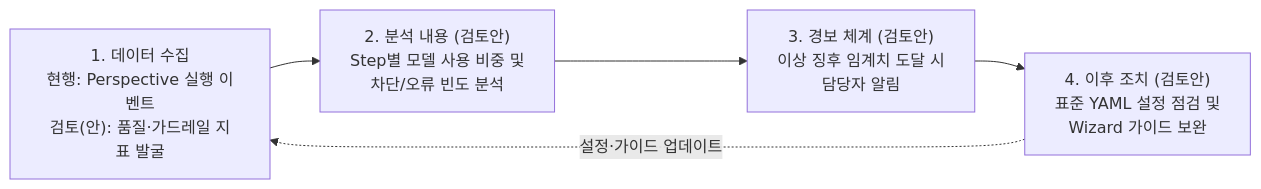
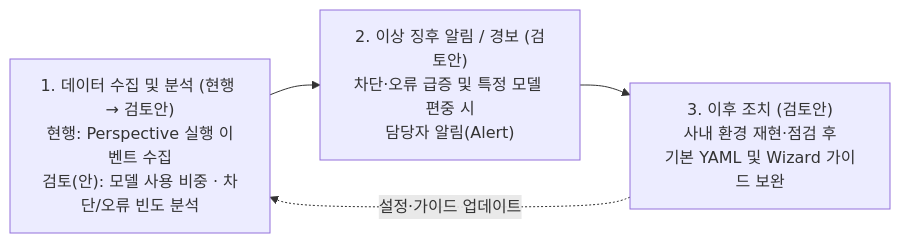
The first of 2 diagrams in AIS/Reports/Slide22_23_Update.md (misjin05/playground), drawn with Mermaid before and after one commit. The commit also changed other lines of this file and 1 other file, not shown here.

````diff
--- a/AIS/Reports/Slide22_23_Update.md
+++ b/AIS/Reports/Slide22_23_Update.md
@@ -21,7 +21,6 @@
 ```mermaid
 graph LR
-    S1["1. 데이터 수집<br/>현행: Perspective 실행 이벤트<br/>검토(안): 품질·가드레일 지표 발굴"] --> S2["2. 분석 내용 (검토안)<br/>Step별 모델 사용 비중 및<br/>차단/오류 빈도 분석"]
-    S2 --> S3["3. 경보 체계 (검토안)<br/>이상 징후 임계치 도달 시<br/>담당자 알림"]
-    S3 --> S4["4. 이후 조치 (검토안)<br/>표준 YAML 설정 점검 및<br/>Wizard 가이드 보완"]
-    S4 -.->|"설정·가이드 업데이트"| S1
+    S1["1. 데이터 수집 및 분석 (현행 → 검토안)<br/>현행: Perspective 실행 이벤트 수집<br/>검토(안): 모델 사용 비중 · 차단/오류 빈도 분석"] --> S2["2. 이상 징후 알림 / 경보 (검토안)<br/>차단·오류 급증 및 특정 모델 편중 시<br/>담당자 알림(Alert)"]
+    S2 --> S3["3. 이후 조치 (검토안)<br/>사내 환경 재현·점검 후<br/>기본 YAML 및 Wizard 가이드 보완"]
+    S3 -.->|"설정·가이드 업데이트"| S1
 ```
````
